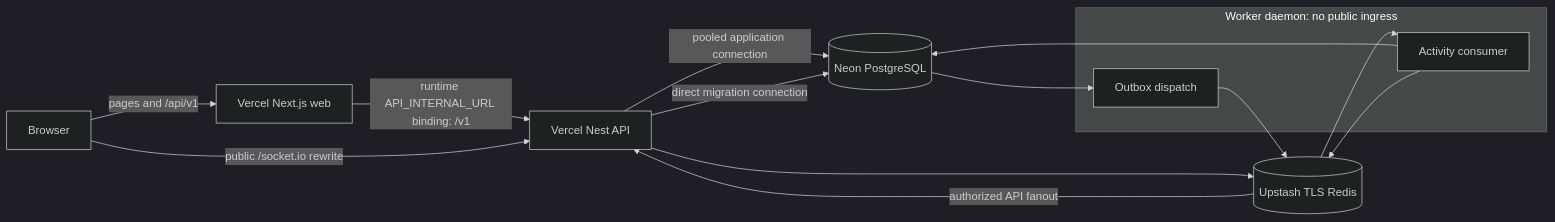
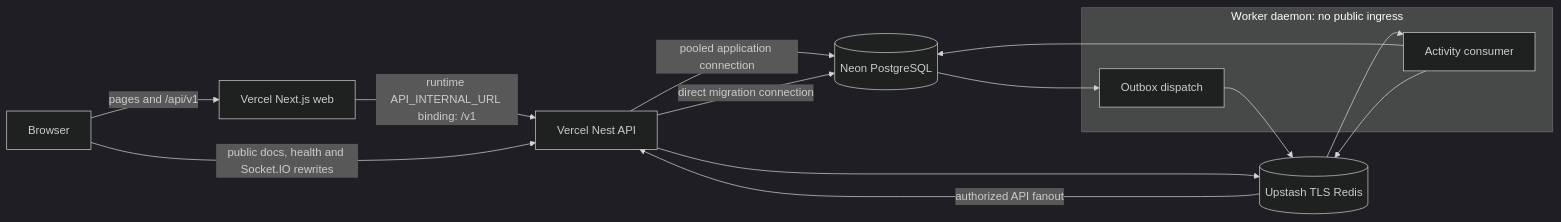
Before and after one commit to ashvir99260/flowboard: the third of 3 diagrams in docs/HLD.md, drawn with Mermaid (dark theme). The commit also changed other lines of this file and 19 other files, not shown here.

````diff
--- a/docs/HLD.md
+++ b/docs/HLD.md
@@ -111,19 +111,19 @@
 ```mermaid
 flowchart LR
   Browser[Browser] -->|pages and /api/v1| Web[Vercel Next.js web]
   Web -->|runtime API_INTERNAL_URL binding: /v1| API[Vercel Nest API]
-  Browser -->|public /socket.io rewrite| API
+  Browser -->|public docs, health and Socket.IO rewrites| API
   API -->|pooled application connection| PG[(Neon PostgreSQL)]
   API -->|direct migration connection| PG
   API --> Redis[(Upstash TLS Redis)]
   subgraph Daemon[Worker daemon: no public ingress]
     Dispatch[Outbox dispatch]
     Consumer[Activity consumer]
   end
   PG --> Dispatch
   Dispatch --> Redis
   Redis --> Consumer
   Consumer --> PG
   Consumer --> Redis
   Redis -->|authorized API fanout| API
 ```
````
